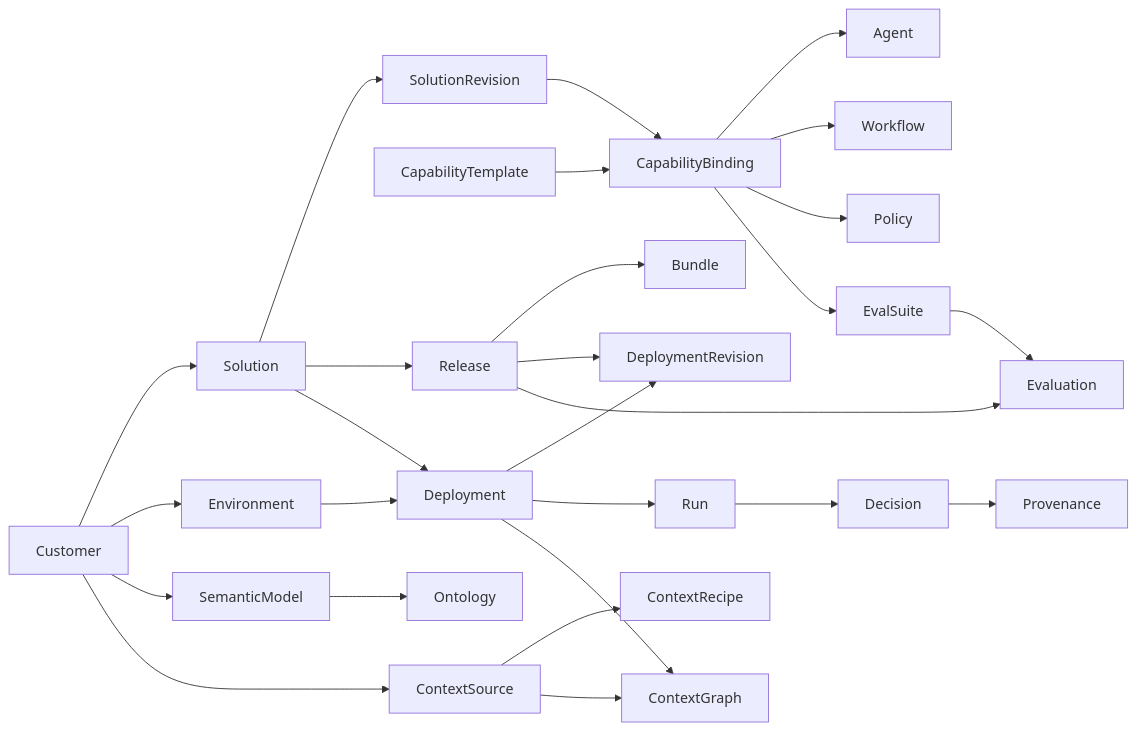
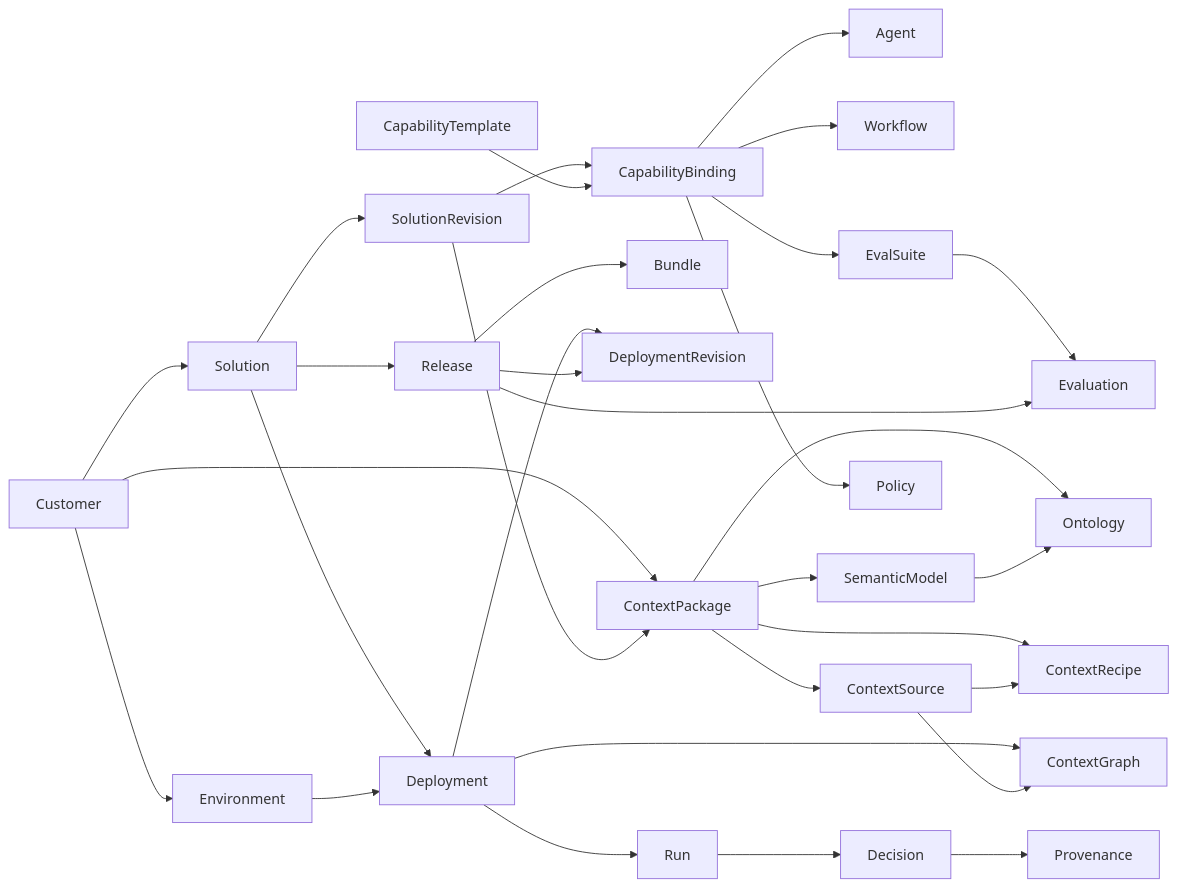
Before and after one commit to 0xnicholas/Fdesforce: the diagram in docs/domain-model.md, drawn with Mermaid. The commit also changed other lines of this file and 27 other files, not shown here.

Commit message:
docs: semantic modeling and Customer Context Package (#9)

````diff
--- a/docs/domain-model.md
+++ b/docs/domain-model.md
@@ -441,29 +465,33 @@
 ```mermaid
 flowchart LR
   Customer --> Solution
   Customer --> Environment
   Solution --> SolutionRevision
   SolutionRevision --> CapabilityBinding
   CapabilityTemplate --> CapabilityBinding
   CapabilityBinding --> Agent
   CapabilityBinding --> Workflow
   Solution --> Release
   Release --> Bundle
   Solution --> Deployment
   Environment --> Deployment
   Deployment --> DeploymentRevision
   Release --> DeploymentRevision
   Deployment --> Run
   Run --> Decision
   Decision --> Provenance
-  Customer --> SemanticModel
+  Customer --> ContextPackage
+  ContextPackage --> Ontology
+  ContextPackage --> SemanticModel
+  ContextPackage --> ContextSource
+  ContextPackage --> ContextRecipe
+  SolutionRevision --> ContextPackage
   SemanticModel --> Ontology
-  Customer --> ContextSource
   ContextSource --> ContextRecipe
   Deployment --> ContextGraph
   ContextSource --> ContextGraph
   CapabilityBinding --> Policy
   CapabilityBinding --> EvalSuite
   EvalSuite --> Evaluation
   Release --> Evaluation
 ```
````
